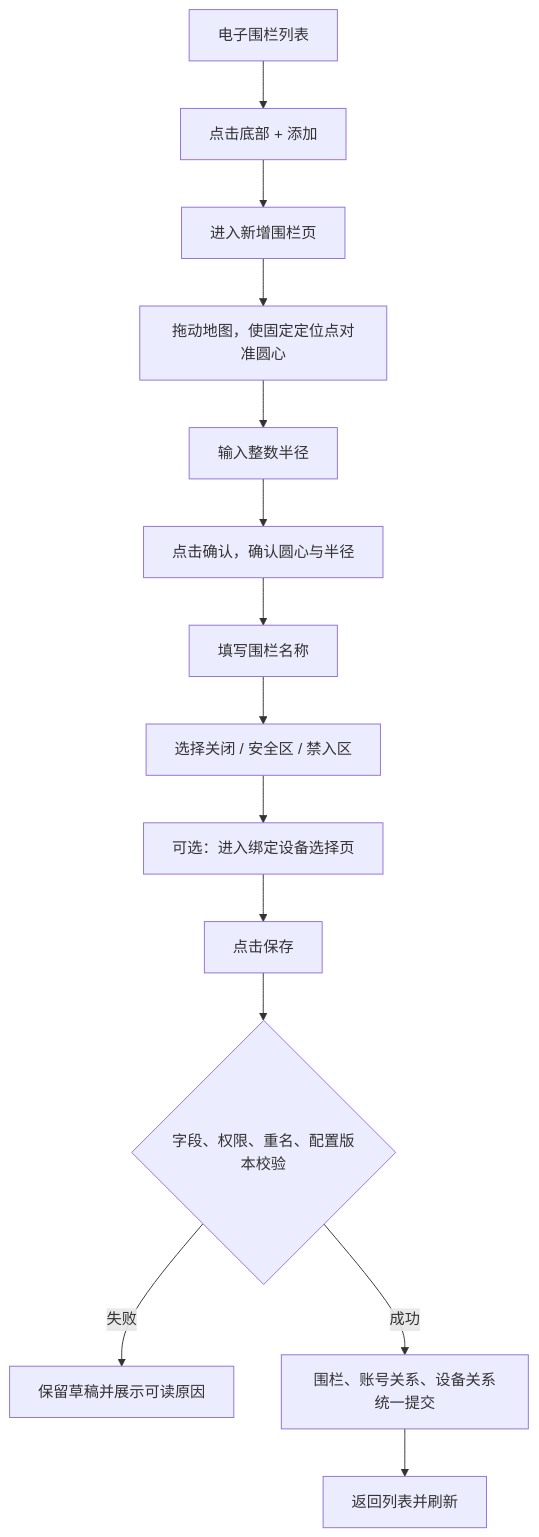
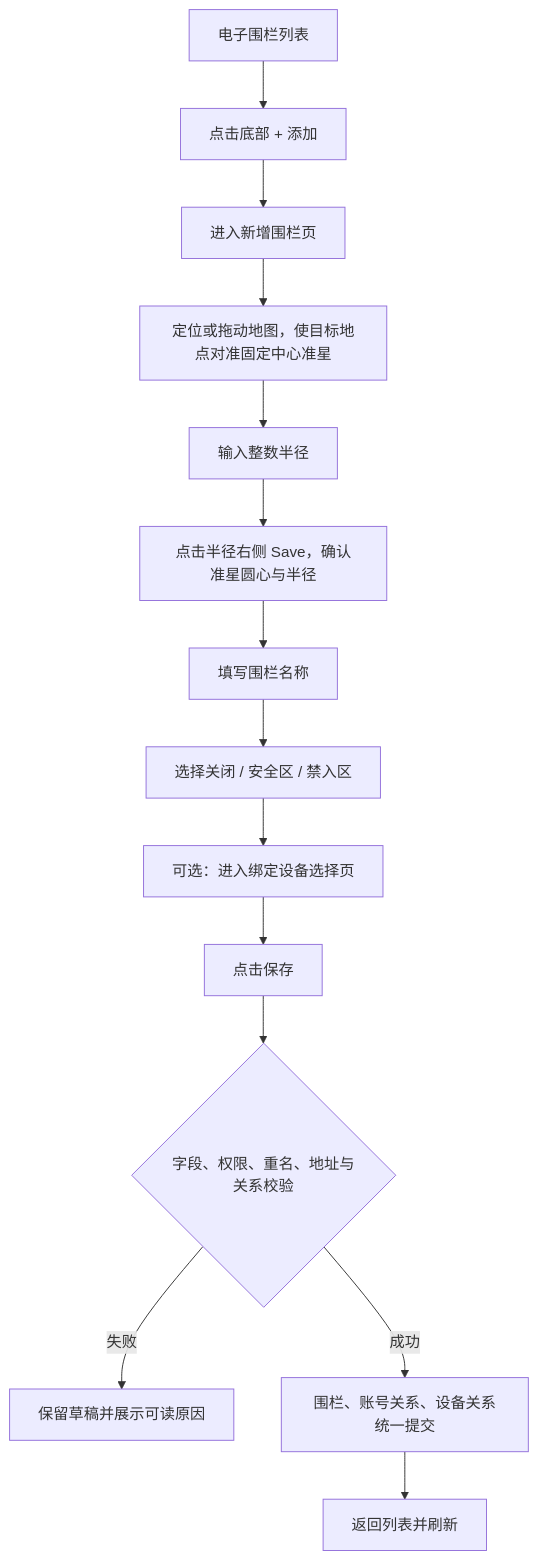
The fourth of 9 diagrams in docs/manuals/革泰/逻辑大纲/革泰 APP 地理围栏逻辑点梳理 plan.md (CuMgNa/skills), drawn with Mermaid before and after one commit. The commit also changed other lines of this file and 21 other files, not shown here.

````diff
--- a/docs/manuals/革泰/逻辑大纲/革泰 APP 地理围栏逻辑点梳理 plan.md
+++ b/docs/manuals/革泰/逻辑大纲/革泰 APP 地理围栏逻辑点梳理 plan.md
@@ -234,16 +240,16 @@
 ```mermaid
 flowchart TD
     A["电子围栏列表"] --> B["点击底部 + 添加"]
     B --> C["进入新增围栏页"]
-    C --> D["拖动地图，使固定定位点对准圆心"]
+    C --> D["定位或拖动地图，使目标地点对准固定中心准星"]
     D --> E["输入整数半径"]
-    E --> F["点击确认，确认圆心与半径"]
+    E --> F["点击半径右侧 Save，确认准星圆心与半径"]
     F --> G["填写围栏名称"]
     G --> H["选择关闭 / 安全区 / 禁入区"]
     H --> I["可选：进入绑定设备选择页"]
     I --> J["点击保存"]
-    J --> K{"字段、权限、重名、配置版本校验"}
+    J --> K{"字段、权限、重名、地址与关系校验"}
     K -->|"失败"| L["保留草稿并展示可读原因"]
     K -->|"成功"| M["围栏、账号关系、设备关系统一提交"]
     M --> N["返回列表并刷新"]
 ```
````
